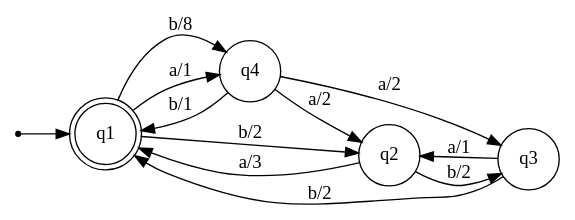
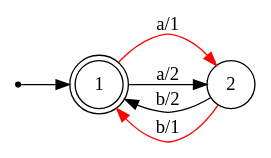
One commit to zenAndroid/oracle-extract changed the diagram in input.dot. Above: the diagram before and after it, drawn with Graphviz. The commit also changed 1 other file, not shown here.

```diff
--- a/input.dot
+++ b/input.dot
@@ -1,17 +1,11 @@
 digraph Automaton {
     node [shape=point] INIT;
-    q1 [shape="doublecircle"];
+    1 [shape="doublecircle"];
     node [shape=circle];
     rankdir = LR;
-    INIT -> q1;
-    q1 -> q2 [label="b/2"];
-    q1 -> q4 [label="b/8"];
-    q1 -> q4 [label="a/1"];
-    q2 -> q1 [label="a/3"];
-    q2 -> q3 [label="b/2"];
-    q3 -> q2 [label="a/1"];
-    q3 -> q1 [label="b/2"];
-    q4 -> q1 [label="b/1"];
-    q4 -> q3 [label="a/2"];
-    q4 -> q2 [label="a/2"];
+    INIT -> 1;
+    1 -> 2 [label="a/1", color=red];
+    1 -> 2 [label="a/2"];
+    2 -> 1 [label="b/2"];
+    2 -> 1 [label="b/1", color=red];
 }
```
